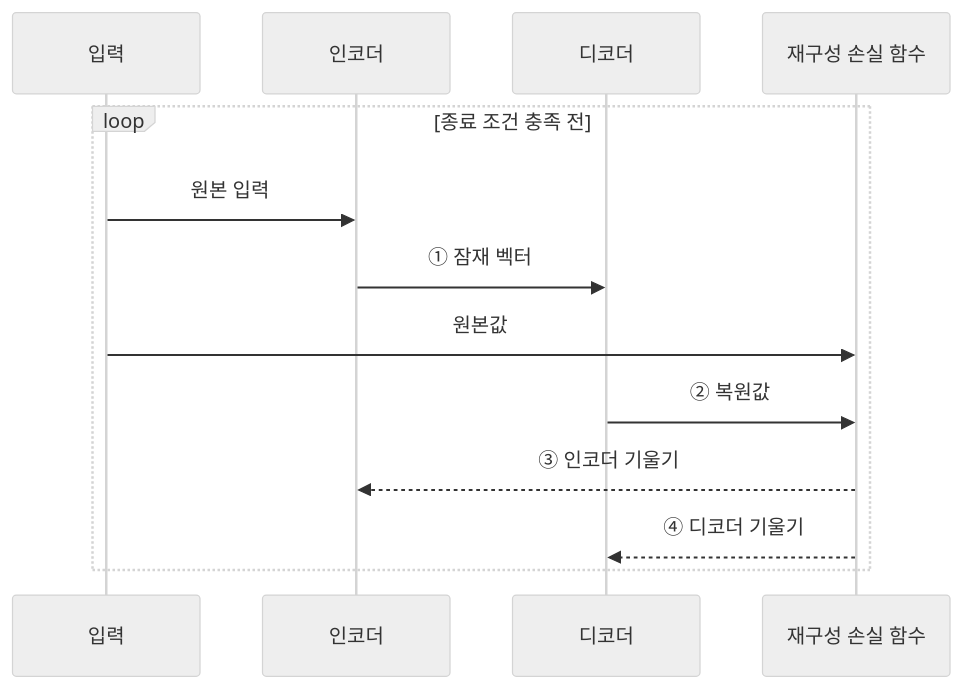
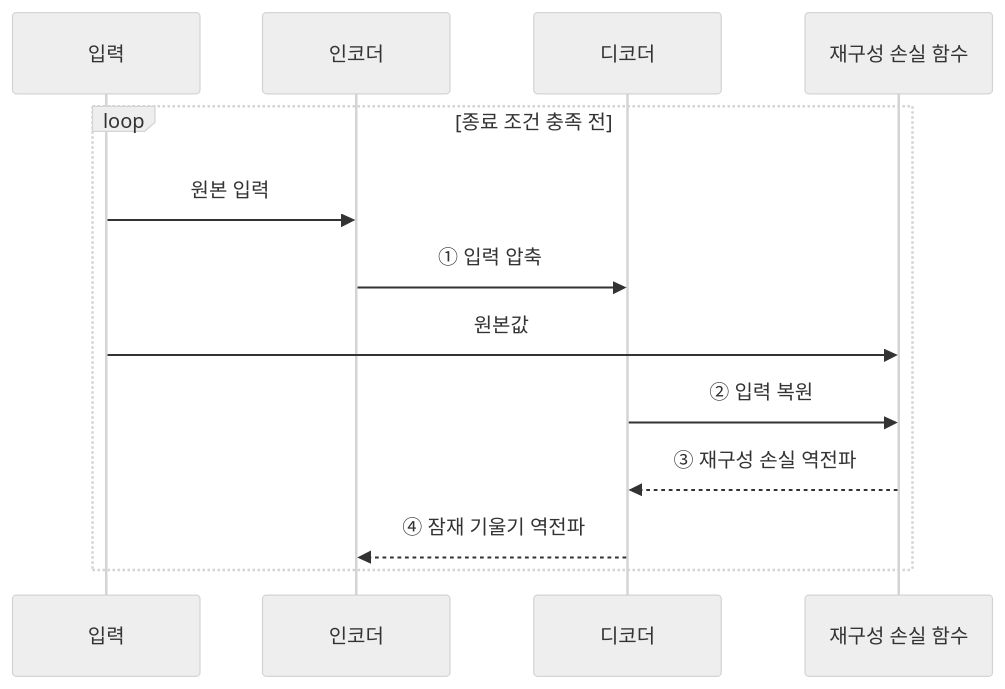
One commit to agnusdei1207/knowledge-base changed the second of 2 diagrams in src/content/docs/notes/01-basic-theory/045_autoencoder.md. Above: the diagram before and after it, drawn with Mermaid (neutral theme). The commit also changed other lines of this file and 19 other files, not shown here.

````diff
--- a/src/content/docs/notes/01-basic-theory/045_autoencoder.md
+++ b/src/content/docs/notes/01-basic-theory/045_autoencoder.md
@@ -80,15 +83,15 @@
 ```mermaid
 sequenceDiagram
     participant I as 입력
     participant E as 인코더
     participant D as 디코더
     participant L as 재구성 손실 함수
     loop 종료 조건 충족 전
         I->>E: 원본 입력
-        E->>D: ① 잠재 벡터
+        E->>D: ① 입력 압축
         I->>L: 원본값
-        D->>L: ② 복원값
-        L-->>E: ③ 인코더 기울기
-        L-->>D: ④ 디코더 기울기
+        D->>L: ② 입력 복원
+        L-->>D: ③ 재구성 손실 역전파
+        D-->>E: ④ 잠재 기울기 역전파
     end
 ```
````
